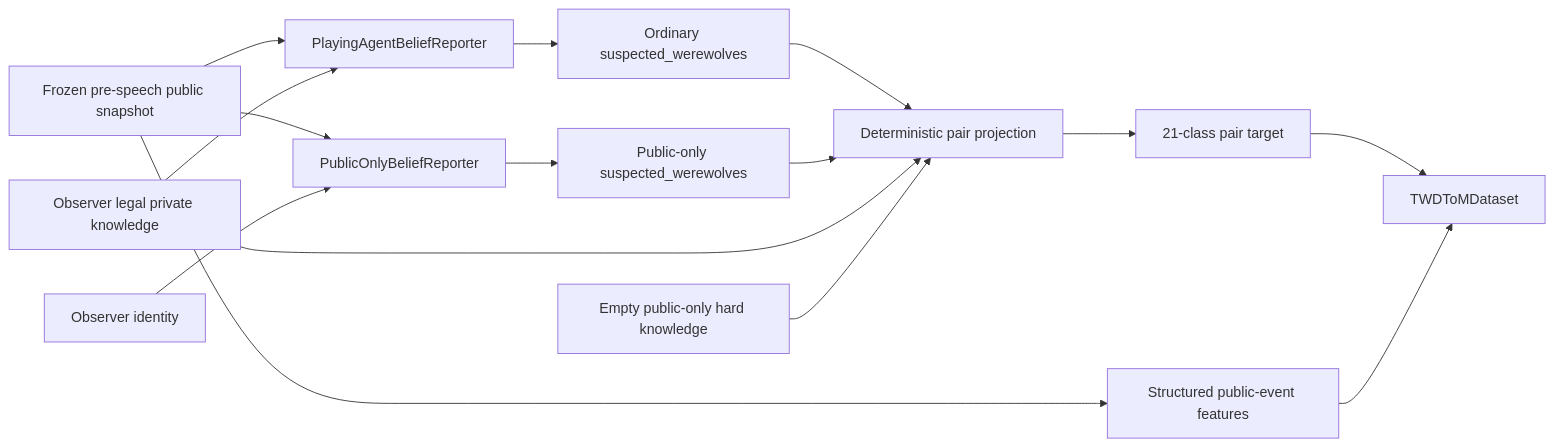
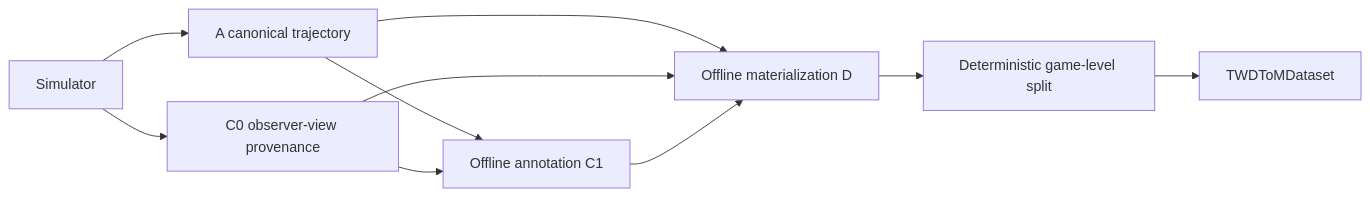
The third of 4 diagrams in docs/architecture.md (MonsterTracy/3wd-tom), drawn with Mermaid before and after one commit. The commit also changed other lines of this file and 65 other files, not shown here.

Commit message:
refactor: consolidate canonical ToM mainline and offline dataset pipeline

````diff
--- a/docs/architecture.md
+++ b/docs/architecture.md
@@ -48,17 +48,12 @@
 ```mermaid
 flowchart LR
-    H["Frozen pre-speech public snapshot"] --> PR["PlayingAgentBeliefReporter"]
-    K["Observer legal private knowledge"] --> PR
-    H --> POR["PublicOnlyBeliefReporter"]
-    O["Observer identity"] --> POR
-    PR --> OS["Ordinary suspected_werewolves"]
-    POR --> PS["Public-only suspected_werewolves"]
-    OS --> P["Deterministic pair projection"]
-    PS --> P
-    K --> P
-    EK["Empty public-only hard knowledge"] --> P
-    P --> T["21-class pair target"]
-    H --> D["Structured public-event features"]
-    T --> DS["TWDToMDataset"]
-    D --> DS
+    G["Simulator"] --> A["A canonical trajectory"]
+    G --> C0["C0 observer-view provenance"]
+    A --> C1["Offline annotation C1"]
+    C0 --> C1
+    A --> D["Offline materialization D"]
+    C0 --> D
+    C1 --> D
+    D --> S["Deterministic game-level split"]
+    S --> DS["TWDToMDataset"]
 ```
````
